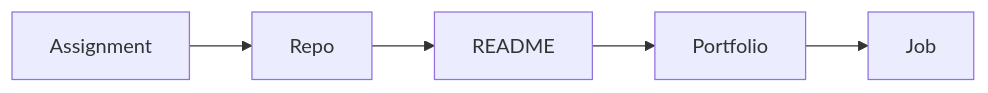
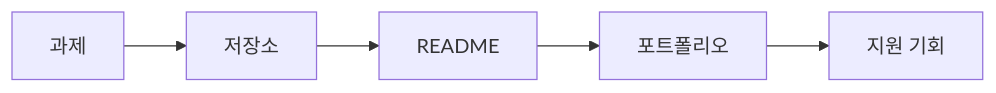
The diagram in content/computer-science-major-101/ko/09-build-your-portfolio.md (yeongseon-books/book-content), drawn with Mermaid before and after one commit. The commit also changed other lines of this file and 8 other files, not shown here.

````diff
--- a/content/computer-science-major-101/ko/09-build-your-portfolio.md
+++ b/content/computer-science-major-101/ko/09-build-your-portfolio.md
@@ -33,7 +55,7 @@
 ```mermaid
 flowchart LR
-    A[Assignment] --> R[Repo]
+    A[과제] --> R[저장소]
     R --> D[README]
-    D --> P[Portfolio]
-    P --> J[Job]
+    D --> P[포트폴리오]
+    P --> J[지원 기회]
 ```
````
